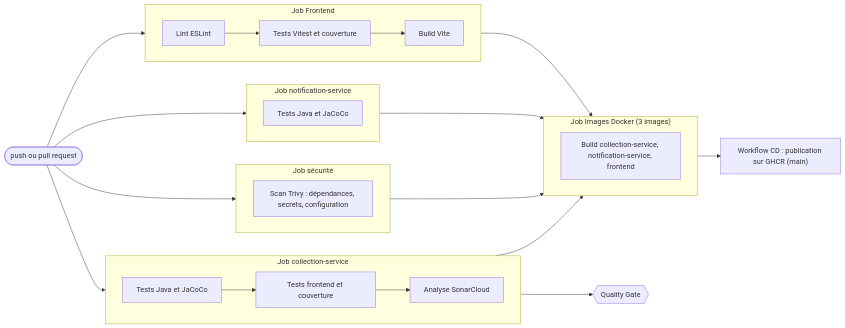
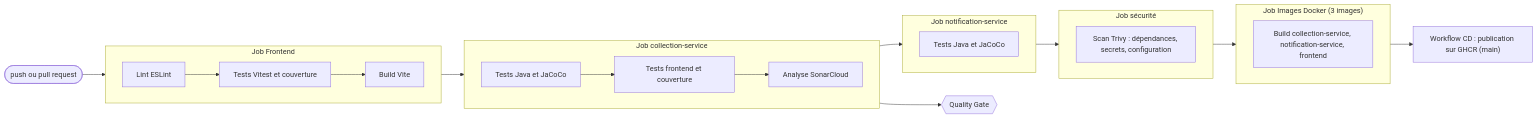
Before and after one commit to WALAAHAJJ/collector-indiv: the diagram in docs/tests.md, drawn with Mermaid. The commit also changed other lines of this file and 1 other file, not shown here.

Commit message:
docs: pipeline enchaîné

````diff
--- a/docs/tests.md
+++ b/docs/tests.md
@@ -28,42 +28,39 @@
 ```mermaid
 flowchart LR
     push(["push ou pull request"])
 
     subgraph fe["Job Frontend"]
         direction LR
         f1["Lint ESLint"] --> f2["Tests Vitest et couverture"] --> f3["Build Vite"]
     end
 
     subgraph cs["Job collection-service"]
         direction LR
         c1["Tests Java et JaCoCo"] --> c2["Tests frontend et couverture"] --> c3["Analyse SonarCloud"]
     end
 
     subgraph ns["Job notification-service"]
         direction LR
         n1["Tests Java et JaCoCo"]
     end
 
     subgraph sec["Job sécurité"]
         direction LR
         s1["Scan Trivy : dépendances, secrets, configuration"]
     end
 
     subgraph dk["Job Images Docker (3 images)"]
         direction LR
         d1["Build collection-service, notification-service, frontend"]
     end
 
     cd["Workflow CD : publication sur GHCR (main)"]
 
     push --> fe
-    push --> cs
-    push --> ns
-    push --> sec
-    fe --> dk
-    cs --> dk
-    ns --> dk
+    fe --> cs
+    cs --> ns
+    ns --> sec
     sec --> dk
     c3 --> gate{{"Quality Gate"}}
     dk --> cd
 ```
````
